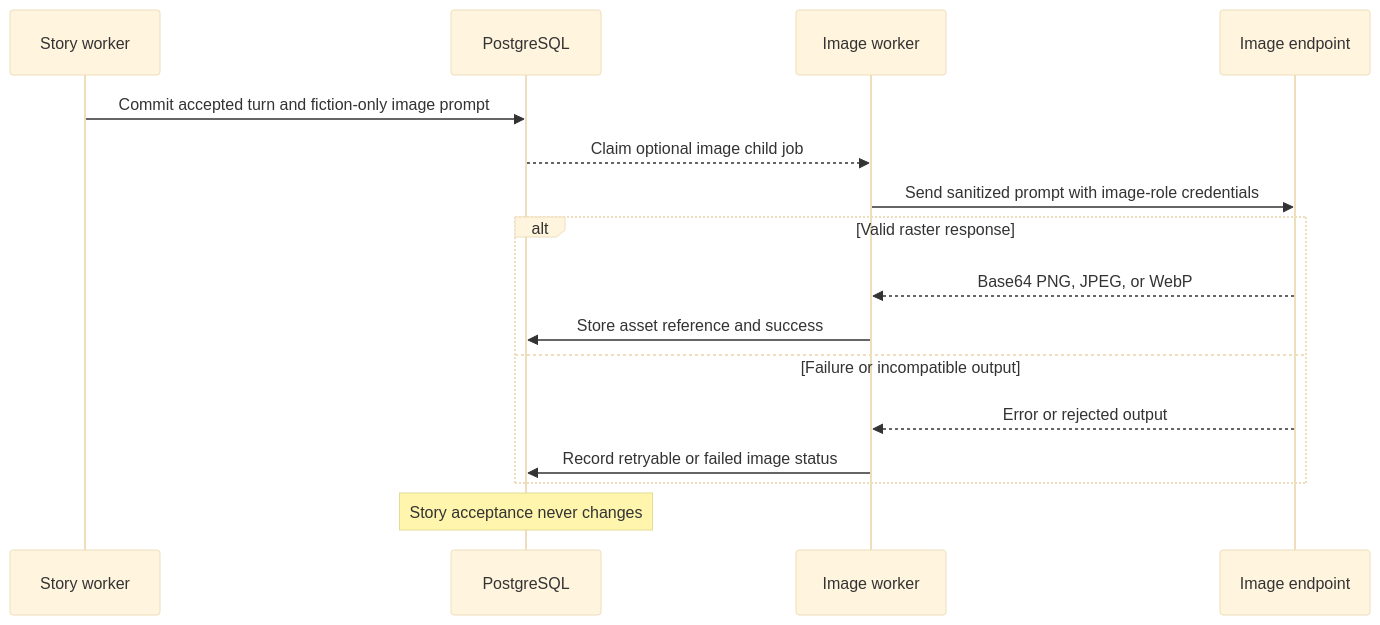
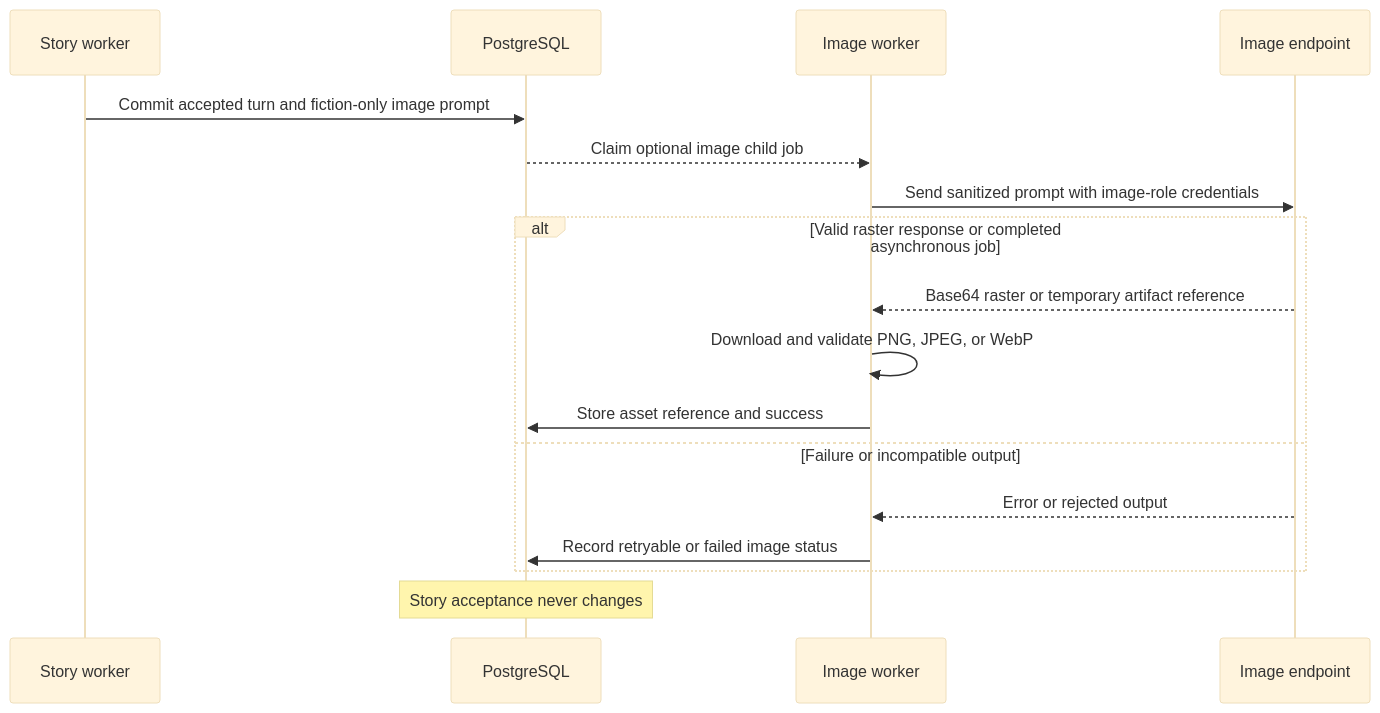
One commit to cmacnichol/infinite-quest-nexus changed the diagram in docs/concepts/illustration-pipeline.md. Above: the diagram before and after it, drawn with Mermaid (base theme). The commit also changed other lines of this file and 24 other files, not shown here.

````diff
--- a/docs/concepts/illustration-pipeline.md
+++ b/docs/concepts/illustration-pipeline.md
@@ -5,18 +5,19 @@
 ```mermaid
 sequenceDiagram
   participant W as Story worker
   participant DB as PostgreSQL
   participant I as Image worker
   participant P as Image endpoint
   W->>DB: Commit accepted turn and fiction-only image prompt
   DB-->>I: Claim optional image child job
   I->>P: Send sanitized prompt with image-role credentials
-  alt Valid raster response
-    P-->>I: Base64 PNG, JPEG, or WebP
+  alt Valid raster response or completed asynchronous job
+    P-->>I: Base64 raster or temporary artifact reference
+    I->>I: Download and validate PNG, JPEG, or WebP
     I->>DB: Store asset reference and success
   else Failure or incompatible output
     P-->>I: Error or rejected output
     I->>DB: Record retryable or failed image status
   end
   Note over DB: Story acceptance never changes
 ```
````
